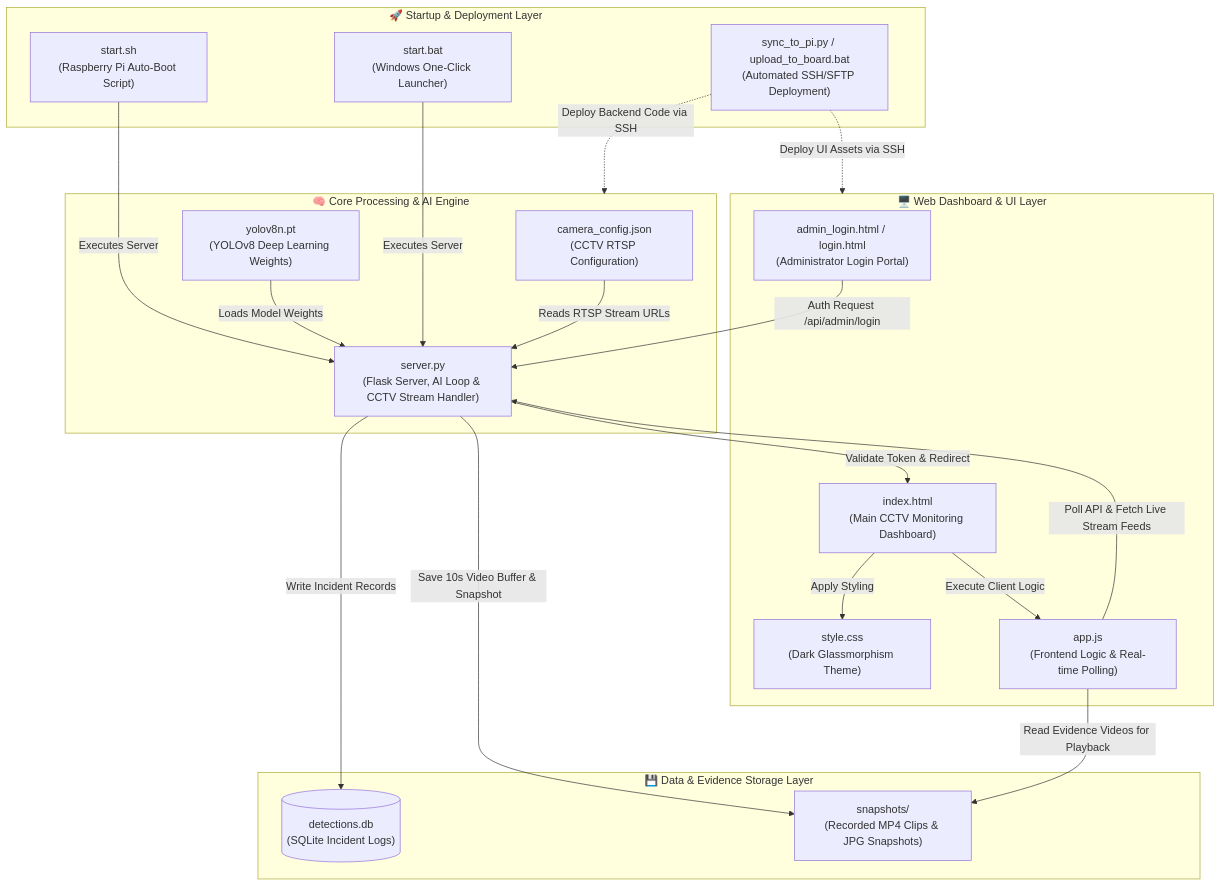
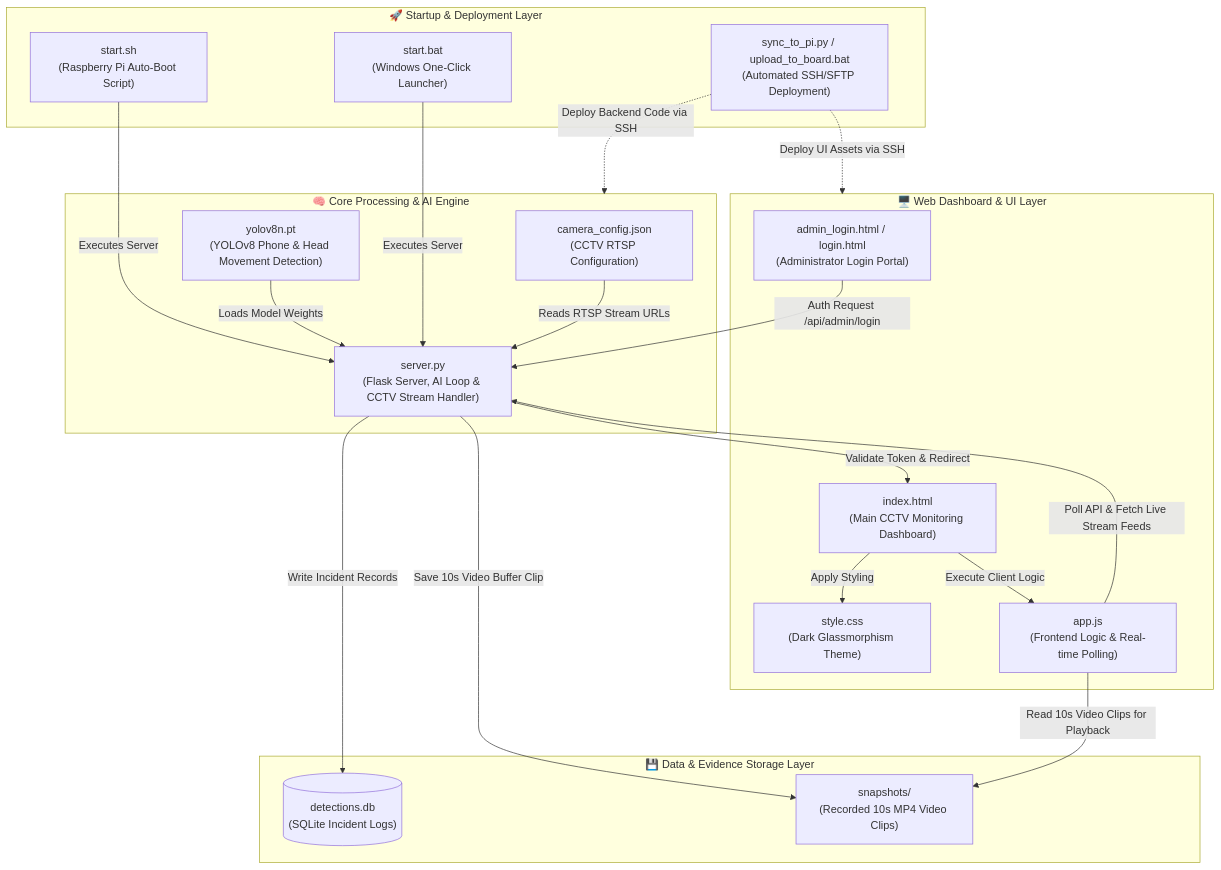
The fourth of 4 diagrams in DIAGRAMS.md (wosangxr/Project-CiRA-CORE), drawn with Mermaid before and after one commit. The commit also changed other lines of this file, not shown here.

Commit message:
refactor: Remove book/notes detection and still snapshots from diagrams, focus on phone, head movement, and MP4 video clips

````diff
--- a/DIAGRAMS.md
+++ b/DIAGRAMS.md
@@ -147,44 +146,44 @@
 ```mermaid
 flowchart TD
     subgraph SCRIPT["🚀 Startup & Deployment Layer"]
         start_sh["start.sh<br/>(Raspberry Pi Auto-Boot Script)"]
         start_bat["start.bat<br/>(Windows One-Click Launcher)"]
         sync_py["sync_to_pi.py / upload_to_board.bat<br/>(Automated SSH/SFTP Deployment)"]
     end
 
     subgraph BACKEND["🧠 Core Processing & AI Engine"]
         cfg["camera_config.json<br/>(CCTV RTSP Configuration)"]
-        yolo_pt["yolov8n.pt<br/>(YOLOv8 Deep Learning Weights)"]
+        yolo_pt["yolov8n.pt<br/>(YOLOv8 Phone & Head Movement Detection)"]
         server_py["server.py<br/>(Flask Server, AI Loop & CCTV Stream Handler)"]
         
         cfg -->|Reads RTSP Stream URLs| server_py
         yolo_pt -->|Loads Model Weights| server_py
         start_sh -->|Executes Server| server_py
         start_bat -->|Executes Server| server_py
     end
 
     subgraph STORAGE["💾 Data & Evidence Storage Layer"]
         db[("detections.db<br/>(SQLite Incident Logs)")]
-        snapshots["snapshots/<br/>(Recorded MP4 Clips & JPG Snapshots)"]
+        snapshots["snapshots/<br/>(Recorded 10s MP4 Video Clips)"]
         
         server_py -->|Write Incident Records| db
-        server_py -->|Save 10s Video Buffer & Snapshot| snapshots
+        server_py -->|Save 10s Video Buffer Clip| snapshots
     end
 
     subgraph FRONTEND["🖥️ Web Dashboard & UI Layer"]
         login_html["admin_login.html / login.html<br/>(Administrator Login Portal)"]
         index_html["index.html<br/>(Main CCTV Monitoring Dashboard)"]
         app_js["app.js<br/>(Frontend Logic & Real-time Polling)"]
         style_css["style.css<br/>(Dark Glassmorphism Theme)"]
         
         login_html -->|Auth Request /api/admin/login| server_py
         server_py -->|Validate Token & Redirect| index_html
         index_html -->|Apply Styling| style_css
         index_html -->|Execute Client Logic| app_js
         app_js -->|Poll API & Fetch Live Stream Feeds| server_py
-        app_js -->|Read Evidence Videos for Playback| snapshots
+        app_js -->|Read 10s Video Clips for Playback| snapshots
     end
 
     sync_py -.->|Deploy Backend Code via SSH| BACKEND
     sync_py -.->|Deploy UI Assets via SSH| FRONTEND
 ```
````
